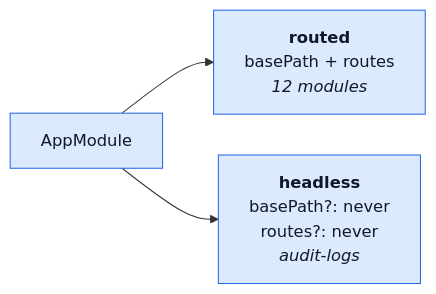
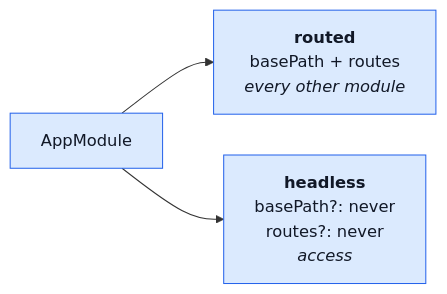
One commit to Guebbit/boilerplate-node-backend changed the fifth of 8 diagrams in docs/theory/modules.md. Above: the diagram before and after it, drawn with Mermaid. The commit also changed other lines of this file and 21 other files, not shown here.

````diff
--- a/docs/theory/modules.md
+++ b/docs/theory/modules.md
@@ -371,11 +371,11 @@
 ```mermaid
 %%{init: {'flowchart': {'nodeSpacing': 40, 'rankSpacing': 50}}}%%
 flowchart LR
     IAM["AppModule"]
-    R["<b>routed</b><br/>basePath + routes<br/><i>12 modules</i>"]
-    H["<b>headless</b><br/>basePath?: never<br/>routes?: never<br/><i>audit-logs</i>"]
+    R["<b>routed</b><br/>basePath + routes<br/><i>every other module</i>"]
+    H["<b>headless</b><br/>basePath?: never<br/>routes?: never<br/><i>access</i>"]
     IAM --> R
     IAM --> H
     classDef t fill:#dbeafe,stroke:#2563eb,color:#111827;
     class IAM,R,H t;
 ```
````
